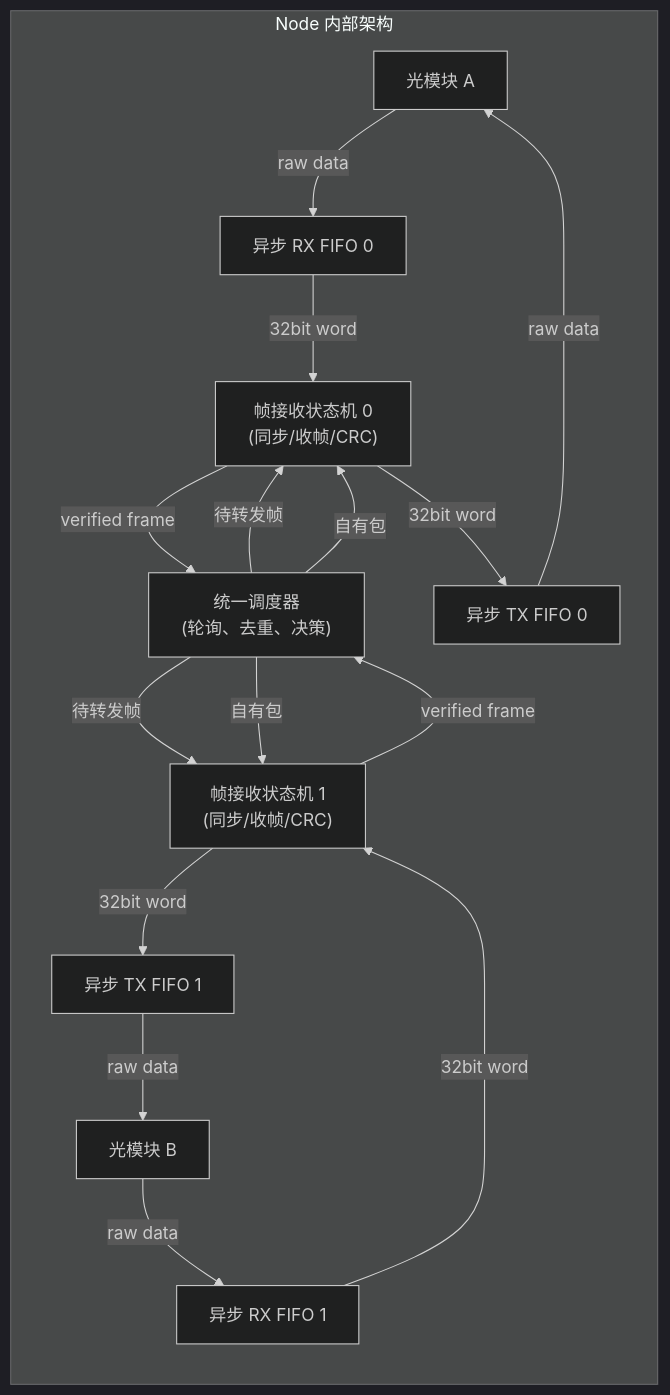
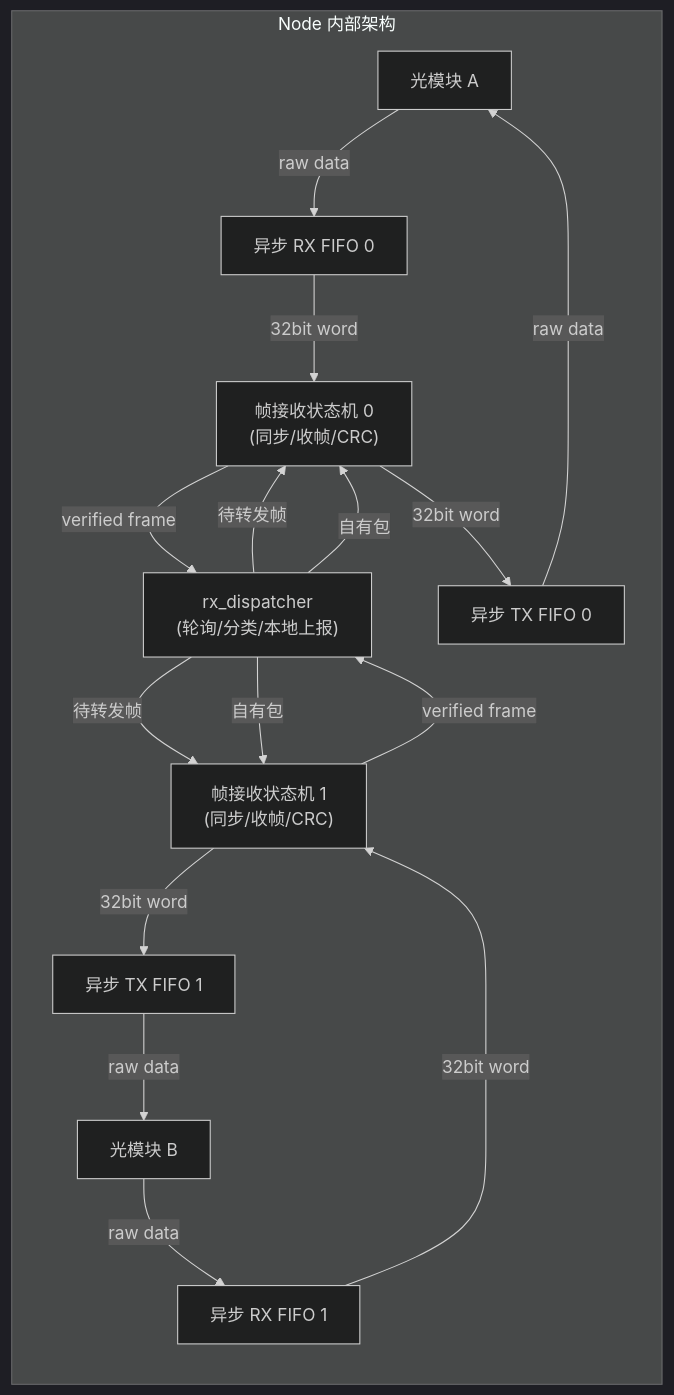
One commit to RBzhang/network_8 changed the sixth of 7 diagrams in docs/architecture.md. Above: the diagram before and after it, drawn with Mermaid (dark theme). The commit also changed other lines of this file and 12 other files, not shown here.

````diff
--- a/docs/architecture.md
+++ b/docs/architecture.md
@@ -257,20 +259,20 @@
 ```mermaid
 graph TB
     subgraph "Node 内部架构"
         direction TB
         OPT0["光模块 A"] -->|"raw data"| AFIFO_RX0["异步 RX FIFO 0"]
         OPT1["光模块 B"] -->|"raw data"| AFIFO_RX1["异步 RX FIFO 1"]
         AFIFO_RX0 -->|"32bit word"| SM0["帧接收状态机 0<br/>(同步/收帧/CRC)"]
         AFIFO_RX1 -->|"32bit word"| SM1["帧接收状态机 1<br/>(同步/收帧/CRC)"]
-        SM0 -->|"verified frame"| SCH["统一调度器<br/>(轮询、去重、决策)"]
+        SM0 -->|"verified frame"| SCH["rx_dispatcher<br/>(轮询/分类/本地上报)"]
         SM1 -->|"verified frame"| SCH
         SCH -->|"待转发帧"| SM0
         SCH -->|"待转发帧"| SM1
         SCH -->|"自有包"| SM0
         SCH -->|"自有包"| SM1
         SM0 -->|"32bit word"| AFIFO_TX0["异步 TX FIFO 0"]
         SM1 -->|"32bit word"| AFIFO_TX1["异步 TX FIFO 1"]
         AFIFO_TX0 -->|"raw data"| OPT0
         AFIFO_TX1 -->|"raw data"| OPT1
     end
 ```
````
